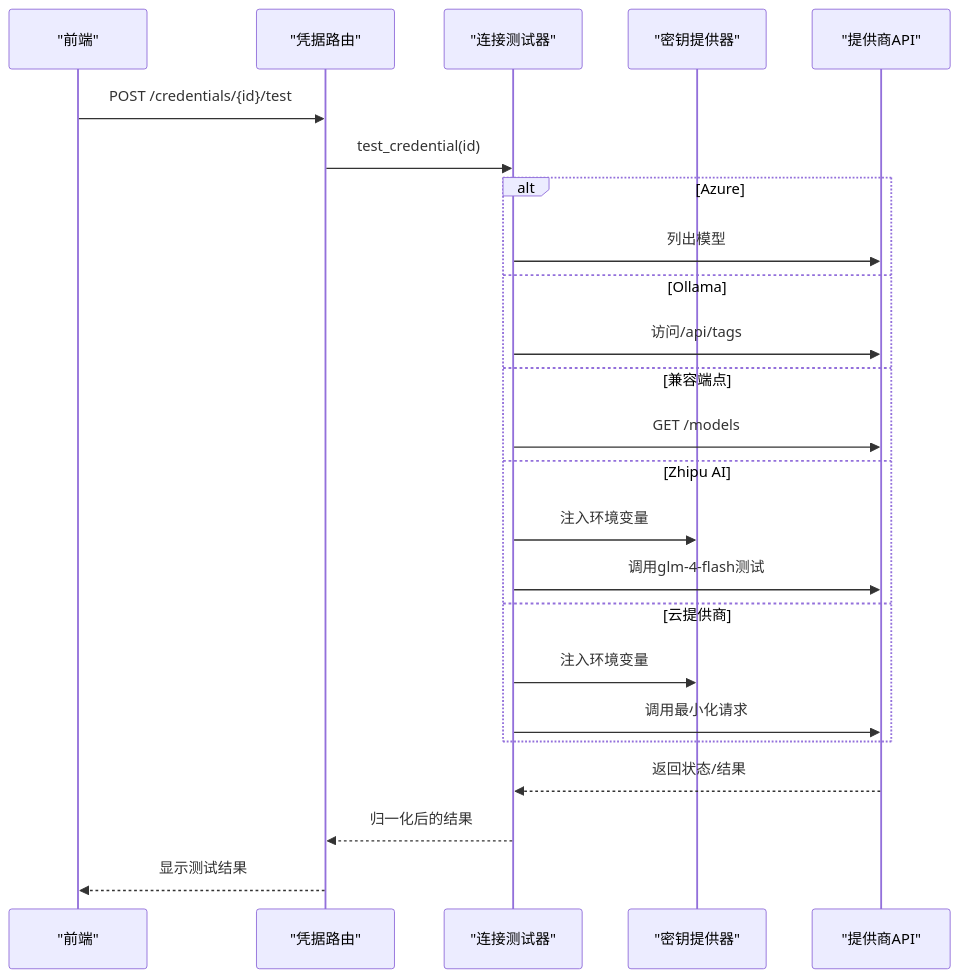
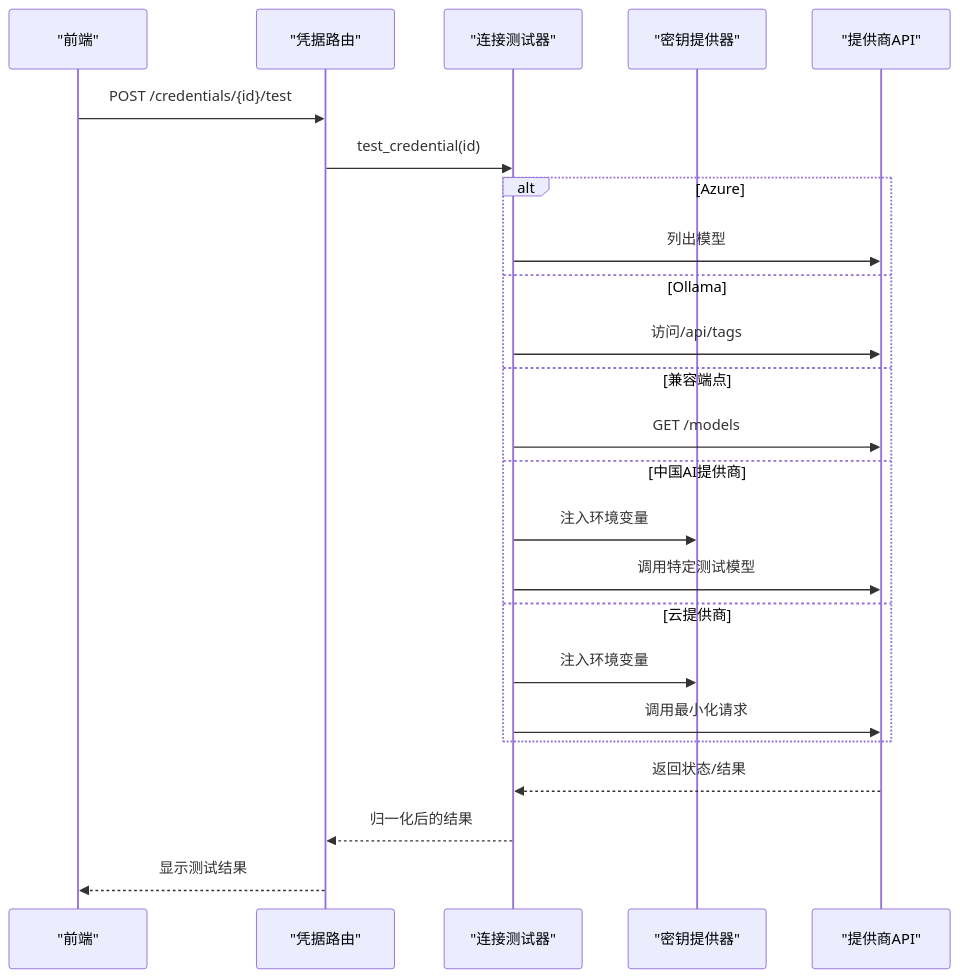
The fifth of 8 diagrams in .qoder/repowiki/zh/content/配置管理/AI提供商配置/AI提供商配置.md (jackeyunjie/open-notebook), drawn with Mermaid before and after one commit. The commit also changed other lines of this file and 89 other files, not shown here.

````diff
--- a/.qoder/repowiki/zh/content/配置管理/AI提供商配置/AI提供商配置.md
+++ b/.qoder/repowiki/zh/content/配置管理/AI提供商配置/AI提供商配置.md
@@ -260,26 +265,26 @@
 ```mermaid
 sequenceDiagram
 participant FE as "前端"
 participant API as "凭据路由"
 participant CT as "连接测试器"
 participant K as "密钥提供器"
 participant P as "提供商API"
 FE->>API : POST /credentials/{id}/test
 API->>CT : test_credential(id)
 alt Azure
 CT->>P : 列出模型
 else Ollama
 CT->>P : 访问/api/tags
 else 兼容端点
 CT->>P : GET /models
-else Zhipu AI
+else 中国AI提供商
 CT->>K : 注入环境变量
-CT->>P : 调用glm-4-flash测试
+CT->>P : 调用特定测试模型
 else 云提供商
 CT->>K : 注入环境变量
 CT->>P : 调用最小化请求
 end
 P-->>CT : 返回状态/结果
 CT-->>API : 归一化后的结果
 API-->>FE : 显示测试结果
 ```
````
